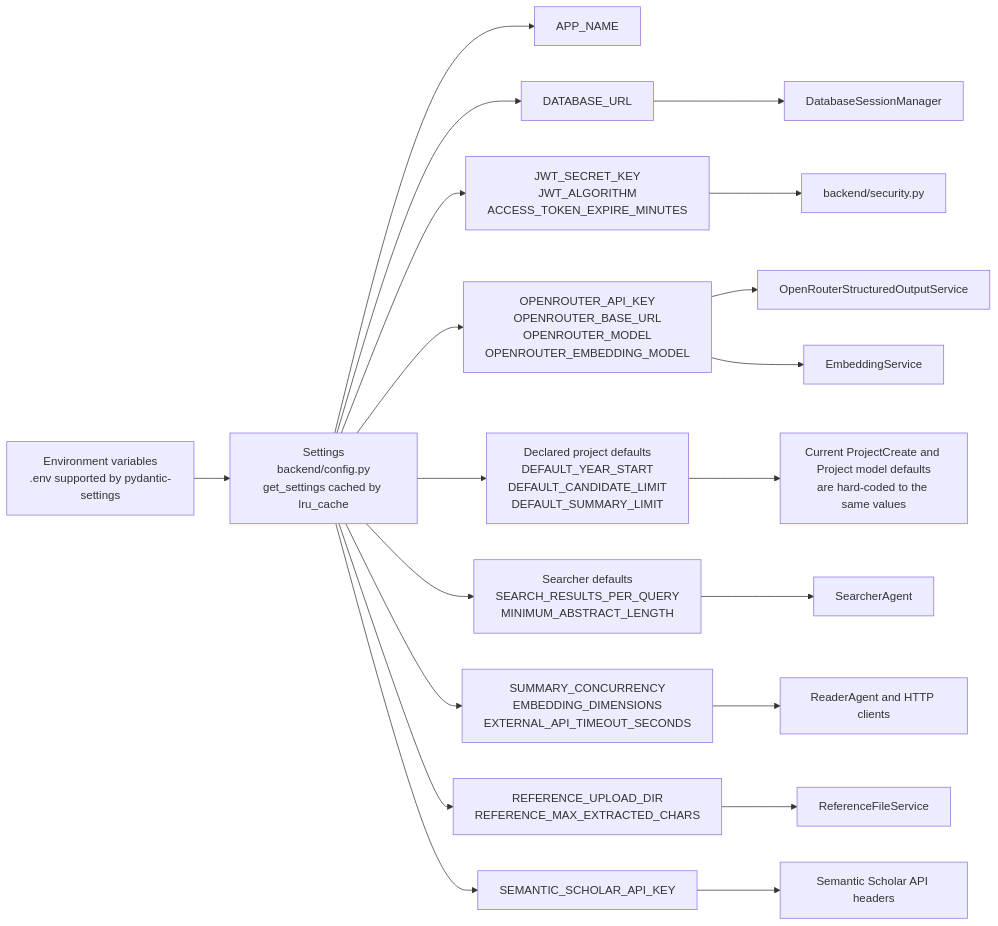
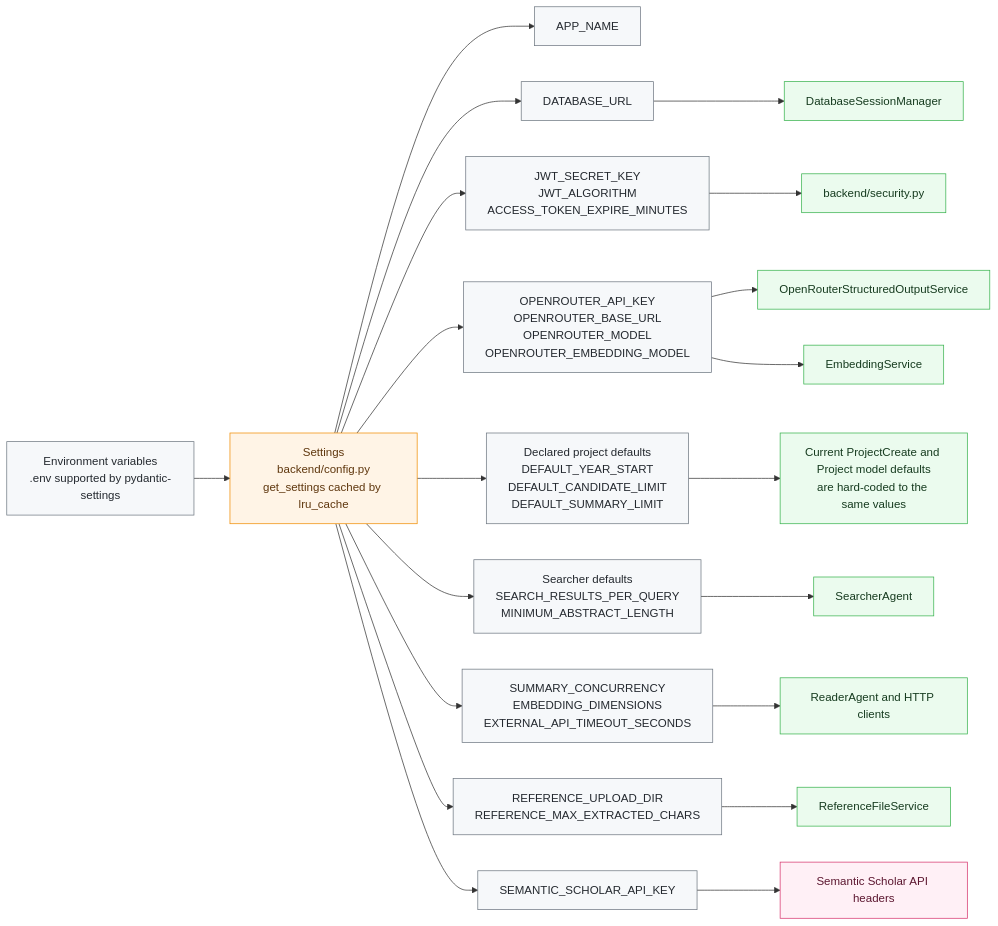
Diagram 12 of 13 in docs/backend-diagram.md (hungnt0406/confluex-AI-powered-research-workspace), drawn with Mermaid before and after one commit. The commit also changed other lines of this file, not shown here.

Commit message:
docs: add styling classes to mermaid diagrams in backend-diagram.md

````diff
--- a/docs/backend-diagram.md
+++ b/docs/backend-diagram.md
@@ -586,24 +643,34 @@
 ```mermaid
 flowchart LR
+    classDef entry fill:#f6f8fa,stroke:#6e7781,color:#24292f;
+    classDef external fill:#fff0f6,stroke:#d6336c,color:#5c1730;
+    classDef service fill:#ebfbee,stroke:#37b24d,color:#163b1f;
+    classDef dependency fill:#fff4e6,stroke:#f08c00,color:#5f370e;
+
     Env["Environment variables<br/>.env supported by pydantic-settings"] --> Settings["Settings<br/>backend/config.py<br/>get_settings cached by lru_cache"]
 
     Settings --> AppName["APP_NAME"]
     Settings --> DatabaseUrl["DATABASE_URL"]
     Settings --> Jwt["JWT_SECRET_KEY<br/>JWT_ALGORITHM<br/>ACCESS_TOKEN_EXPIRE_MINUTES"]
     Settings --> OpenRouter["OPENROUTER_API_KEY<br/>OPENROUTER_BASE_URL<br/>OPENROUTER_MODEL<br/>OPENROUTER_EMBEDDING_MODEL"]
     Settings --> DeclaredProjectDefaults["Declared project defaults<br/>DEFAULT_YEAR_START<br/>DEFAULT_CANDIDATE_LIMIT<br/>DEFAULT_SUMMARY_LIMIT"]
     Settings --> SearchTuning["Searcher defaults<br/>SEARCH_RESULTS_PER_QUERY<br/>MINIMUM_ABSTRACT_LENGTH"]
     Settings --> RuntimeTuning["SUMMARY_CONCURRENCY<br/>EMBEDDING_DIMENSIONS<br/>EXTERNAL_API_TIMEOUT_SECONDS"]
     Settings --> UploadTuning["REFERENCE_UPLOAD_DIR<br/>REFERENCE_MAX_EXTRACTED_CHARS"]
     Settings --> SemanticScholarKey["SEMANTIC_SCHOLAR_API_KEY"]
 
     DatabaseUrl --> SessionManager["DatabaseSessionManager"]
     Jwt --> Security["backend/security.py"]
     OpenRouter --> LLM["OpenRouterStructuredOutputService"]
     OpenRouter --> Embeddings["EmbeddingService"]
     DeclaredProjectDefaults --> ProjectDefaultsNote["Current ProjectCreate and Project model defaults<br/>are hard-coded to the same values"]
     SearchTuning --> Searcher["SearcherAgent"]
     RuntimeTuning --> Reader["ReaderAgent and HTTP clients"]
     UploadTuning --> ReferenceFileService["ReferenceFileService"]
     SemanticScholarKey --> SemanticScholar["Semantic Scholar API headers"]
+
+    class Env,AppName,DatabaseUrl,Jwt,OpenRouter,DeclaredProjectDefaults,SearchTuning,RuntimeTuning,UploadTuning,SemanticScholarKey entry;
+    class Settings dependency;
+    class SessionManager,Security,LLM,Embeddings,ProjectDefaultsNote,Searcher,Reader,ReferenceFileService service;
+    class SemanticScholar external;
 ```
````
